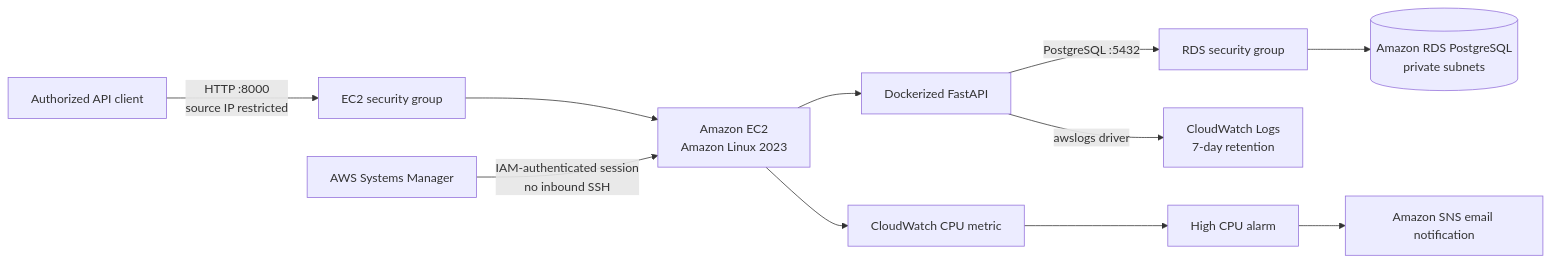
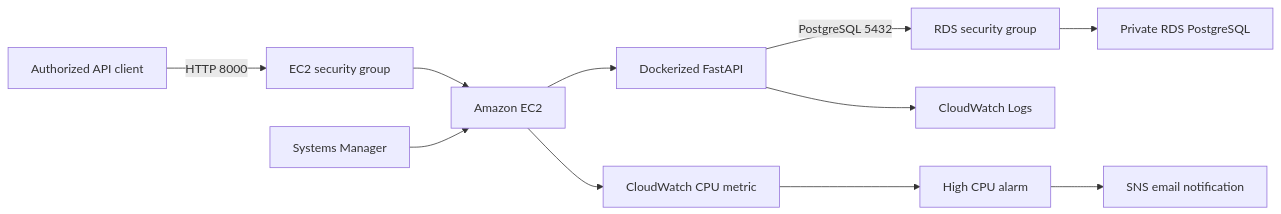
Before and after one commit to StevenLiu1201/cloudops-status-platform: the diagram in README.md, drawn with Mermaid. The commit also changed other lines of this file and 4 other files, not shown here.

````diff
--- a/README.md
+++ b/README.md
@@ -11,13 +11,25 @@
 ```mermaid
 flowchart LR
-    User["Authorized API client"] -->|"HTTP :8000<br/>source IP restricted"| EC2SG["EC2 security group"]
-    EC2SG --> EC2["Amazon EC2<br/>Amazon Linux 2023"]
-    EC2 --> API["Dockerized FastAPI"]
-    API -->|"PostgreSQL :5432"| RDSSG["RDS security group"]
-    RDSSG --> RDS[("Amazon RDS PostgreSQL<br/>private subnets")]
-    SSM["AWS Systems Manager"] -->|"IAM-authenticated session<br/>no inbound SSH"| EC2
-    API -->|"awslogs driver"| Logs["CloudWatch Logs<br/>7-day retention"]
-    EC2 --> Metrics["CloudWatch CPU metric"]
-    Metrics --> Alarm["High CPU alarm"]
-    Alarm --> SNS["Amazon SNS email notification"]
+    Client["Authorized API client"]
+    EC2SG["EC2 security group"]
+    EC2["Amazon EC2"]
+    API["Dockerized FastAPI"]
+    RDSSG["RDS security group"]
+    RDS["Private RDS PostgreSQL"]
+    SSM["Systems Manager"]
+    Logs["CloudWatch Logs"]
+    Metrics["CloudWatch CPU metric"]
+    Alarm["High CPU alarm"]
+    SNS["SNS email notification"]
+
+    Client -->|HTTP 8000| EC2SG
+    EC2SG --> EC2
+    SSM --> EC2
+    EC2 --> API
+    API -->|PostgreSQL 5432| RDSSG
+    RDSSG --> RDS
+    API --> Logs
+    EC2 --> Metrics
+    Metrics --> Alarm
+    Alarm --> SNS
 ```
````
